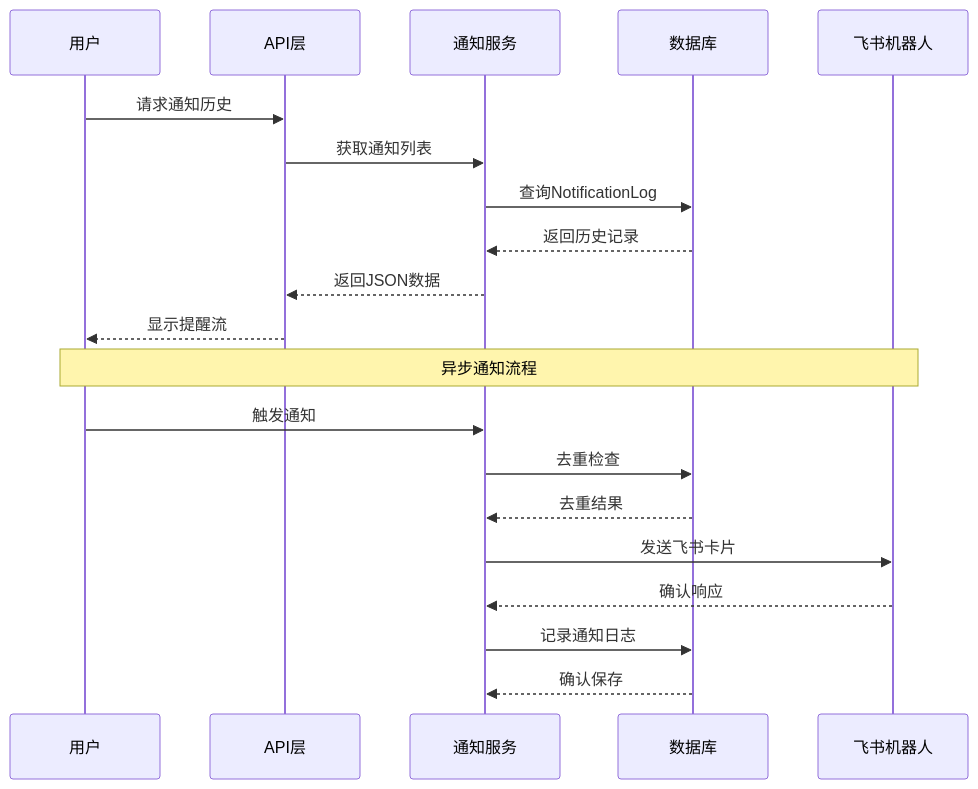
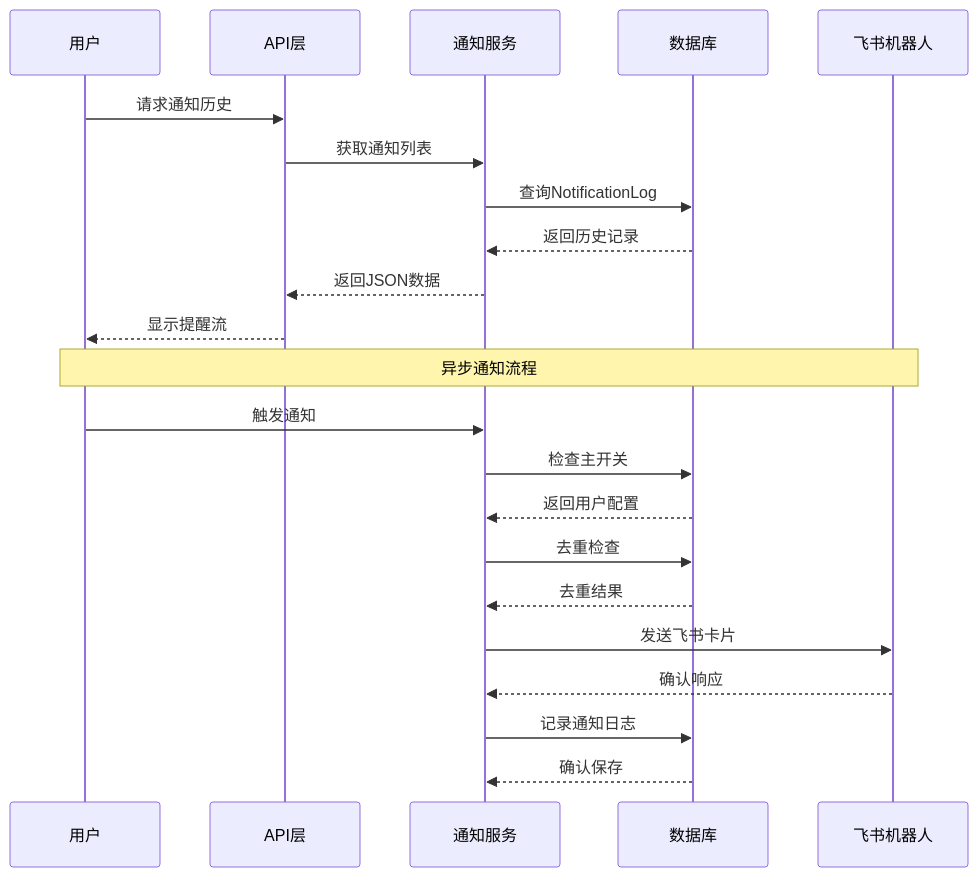
Before and after one commit to breeze-lyf/ai-stock-advisor: the second of 9 diagrams in .qoder/repowiki/zh/content/系统架构/通知系统.md, drawn with Mermaid. The commit also changed other lines of this file and 122 other files, not shown here.

````diff
--- a/.qoder/repowiki/zh/content/系统架构/通知系统.md
+++ b/.qoder/repowiki/zh/content/系统架构/通知系统.md
@@ -108,22 +124,24 @@
 ```mermaid
 sequenceDiagram
 participant User as 用户
 participant API as API层
 participant Service as 通知服务
 participant DB as 数据库
 participant Feishu as 飞书机器人
 User->>API : 请求通知历史
 API->>Service : 获取通知列表
 Service->>DB : 查询NotificationLog
 DB-->>Service : 返回历史记录
 Service-->>API : 返回JSON数据
 API-->>User : 显示提醒流
 Note over User,Feishu : 异步通知流程
 User->>Service : 触发通知
+Service->>DB : 检查主开关
+DB-->>Service : 返回用户配置
 Service->>DB : 去重检查
 DB-->>Service : 去重结果
 Service->>Feishu : 发送飞书卡片
 Feishu-->>Service : 确认响应
 Service->>DB : 记录通知日志
 DB-->>Service : 确认保存
 ```
````
